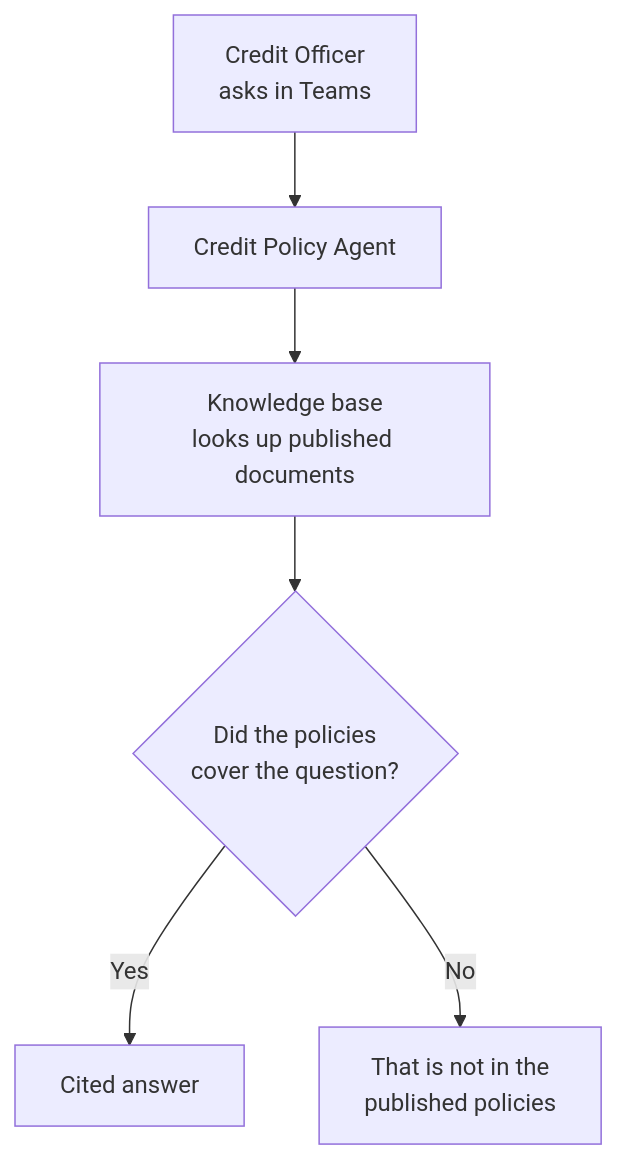
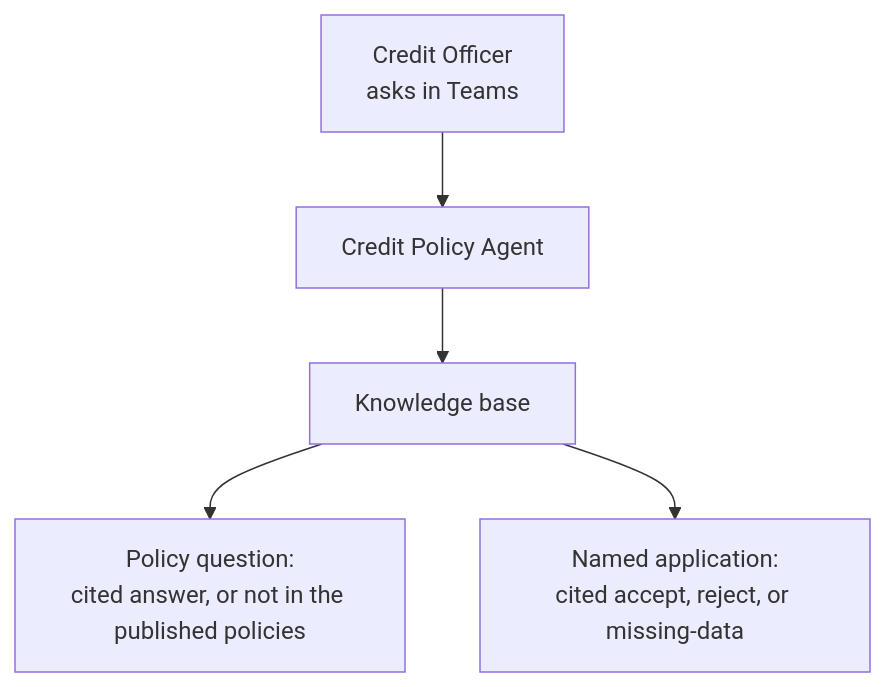
The first of 6 diagrams in README.md (kborovik/azure-ai-foundry), drawn with Mermaid before and after one commit. The commit also changed other lines of this file, not shown here.

Commit message:
docs: clarify architecture diagrams and terminology in README

````diff
--- a/README.md
+++ b/README.md
@@ -15,8 +15,7 @@
 ```mermaid
 flowchart TB
   A[Credit Officer<br/>asks in Teams] --> B[Credit Policy Agent]
-  B --> C[Knowledge base<br/>looks up published documents]
-  C --> D{Did the policies<br/>cover the question?}
-  D -->|Yes| E[Cited answer]
-  D -->|No| F[That is not in the<br/>published policies]
+  B --> C[Knowledge base]
+  C --> D[Policy question:<br/>cited answer, or not in the published policies]
+  C --> E[Named application:<br/>cited accept, reject, or missing-data]
 ```
````
